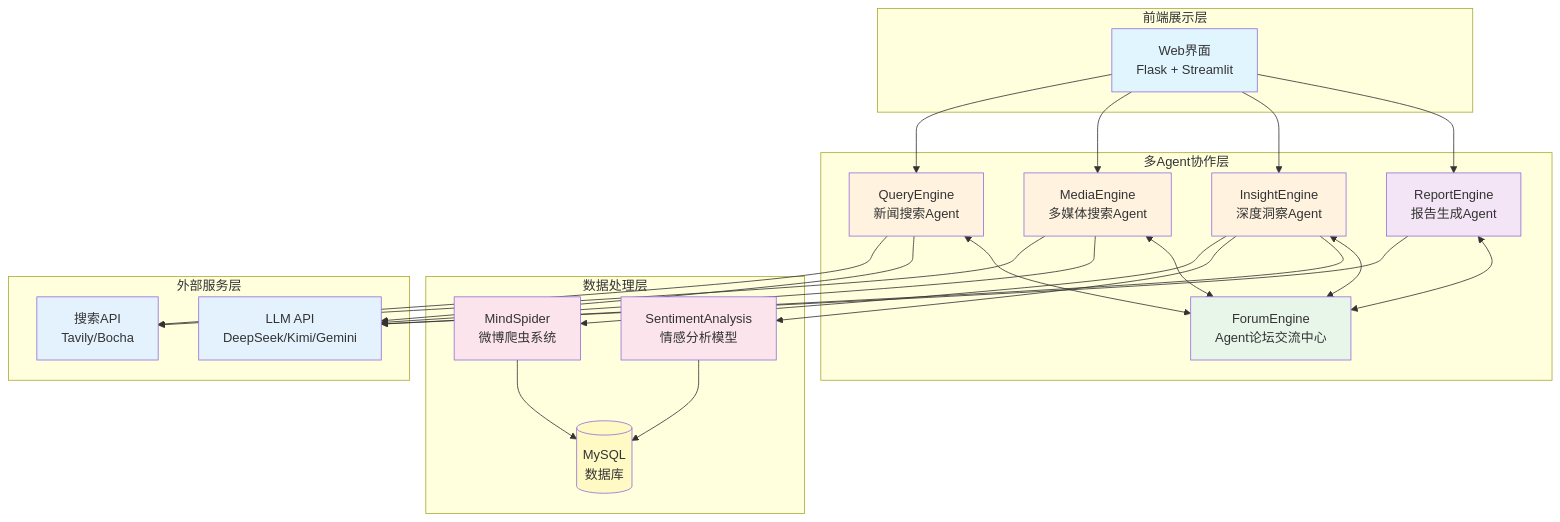
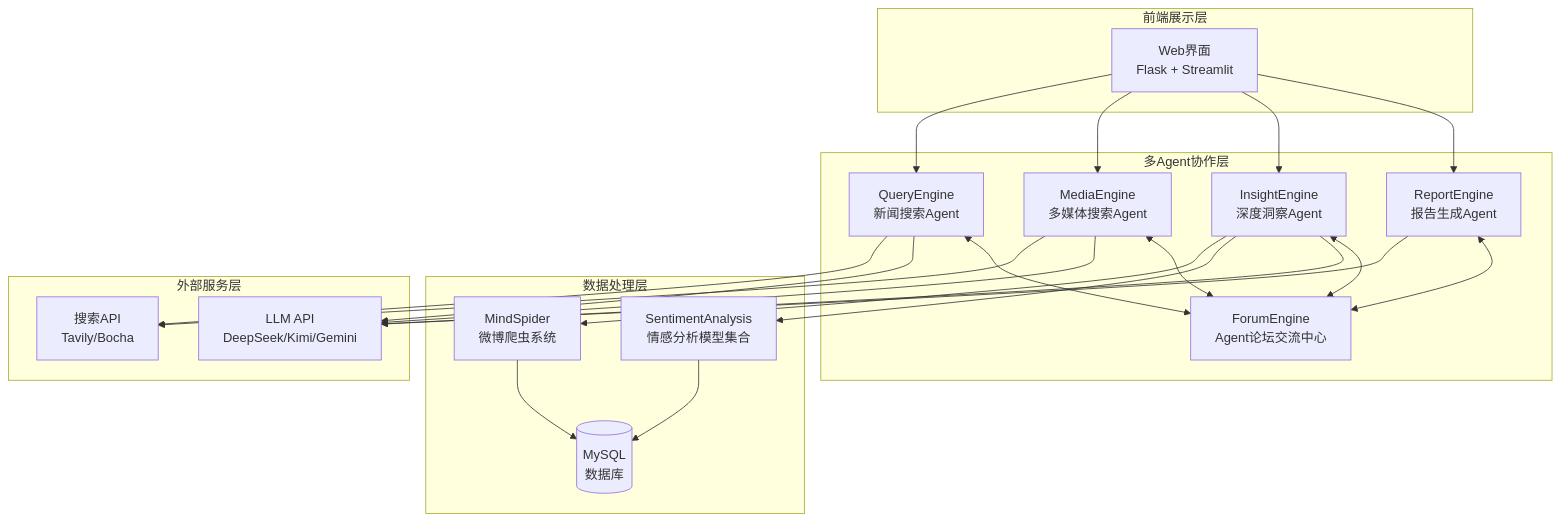
The diagram in README.md (666ghj/Weibo_PublicOpinion_AnalysisSystem), drawn with Mermaid before and after one commit. The commit also changed other lines of this file and 4 other files, not shown here.

````diff
--- a/README.md
+++ b/README.md
@@ -36,61 +38,49 @@
 ```mermaid
 graph TB
     subgraph "前端展示层"
         UI[Web界面<br/>Flask + Streamlit]
     end
     
     subgraph "多Agent协作层"
         QE[QueryEngine<br/>新闻搜索Agent]
         ME[MediaEngine<br/>多媒体搜索Agent]
         IE[InsightEngine<br/>深度洞察Agent]
         RE[ReportEngine<br/>报告生成Agent]
         Forum[ForumEngine<br/>Agent论坛交流中心]
     end
     
     subgraph "数据处理层"
         MS[MindSpider<br/>微博爬虫系统]
-        SA[SentimentAnalysis<br/>情感分析模型]
+        SA[SentimentAnalysis<br/>情感分析模型集合]
         DB[(MySQL<br/>数据库)]
     end
     
     subgraph "外部服务层"
         LLM[LLM API<br/>DeepSeek/Kimi/Gemini]
         Search[搜索API<br/>Tavily/Bocha]
     end
     
     UI --> QE
     UI --> ME
     UI --> IE
     UI --> RE
     
     QE --> Search
     ME --> Search
     IE --> MS
     IE --> SA
     
     QE --> LLM
     ME --> LLM
     IE --> LLM
     RE --> LLM
     
     MS --> DB
     SA --> DB
     
     %% Agent论坛交流机制
     QE <--> Forum
     ME <--> Forum
     IE <--> Forum
     RE <--> Forum
-    
-    style UI fill:#e1f5fe
-    style QE fill:#fff3e0
-    style ME fill:#fff3e0
-    style IE fill:#fff3e0
-    style RE fill:#f3e5f5
-    style Forum fill:#e8f5e9
-    style MS fill:#fce4ec
-    style SA fill:#fce4ec
-    style DB fill:#fff9c4
-    style LLM fill:#e3f2fd
-    style Search fill:#e3f2fd
 ```
````
